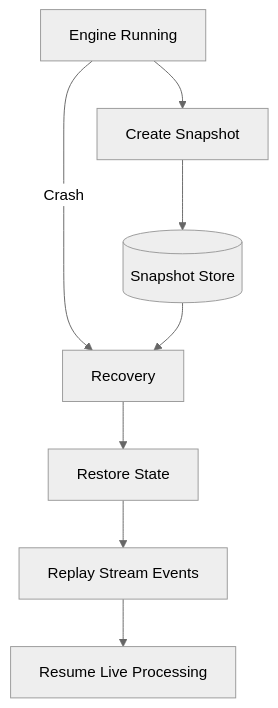
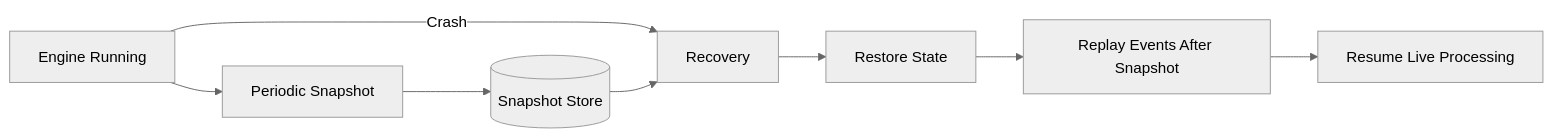
The eighth of 8 diagrams in README.md (MANI-116/PERP), drawn with Mermaid (neutral theme) before and after one commit. The commit also changed other lines of this file, not shown here.

Commit message:
docs: add PerpX system architecture image

````diff
--- a/README.md
+++ b/README.md
@@ -347,10 +266,10 @@
 ```mermaid
-flowchart TB
-    RUN["Engine Running"] --> SNAP["Create Snapshot"]
-    SNAP --> STORE[("Snapshot Store")]
-    RUN -->|Crash| REC["Recovery"]
-    STORE --> REC
-    REC --> RESTORE["Restore State"]
-    RESTORE --> REPLAY["Replay Stream Events"]
-    REPLAY --> LIVE["Resume Live Processing"]
+flowchart LR
+    RUN[Engine Running] --> SNAP[Periodic Snapshot]
+    SNAP --> STORE[(Snapshot Store)]
+    RUN -->|Crash| RECOVERY[Recovery]
+    STORE --> RECOVERY
+    RECOVERY --> RESTORE[Restore State]
+    RESTORE --> REPLAY[Replay Events After Snapshot]
+    REPLAY --> LIVE[Resume Live Processing]
 ```
````
